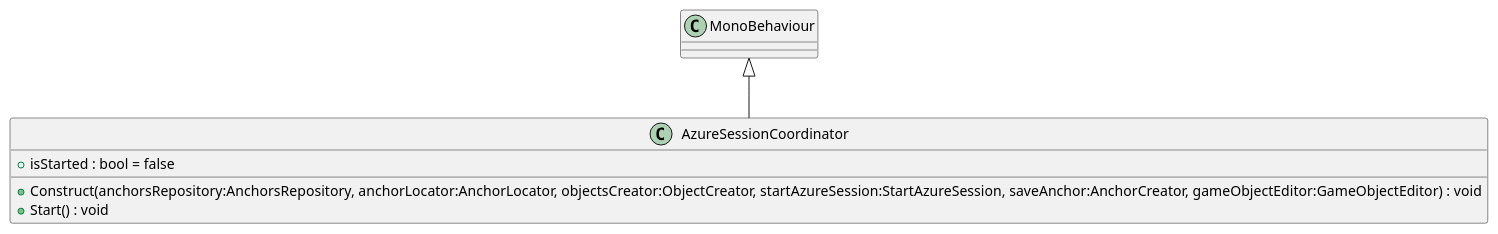
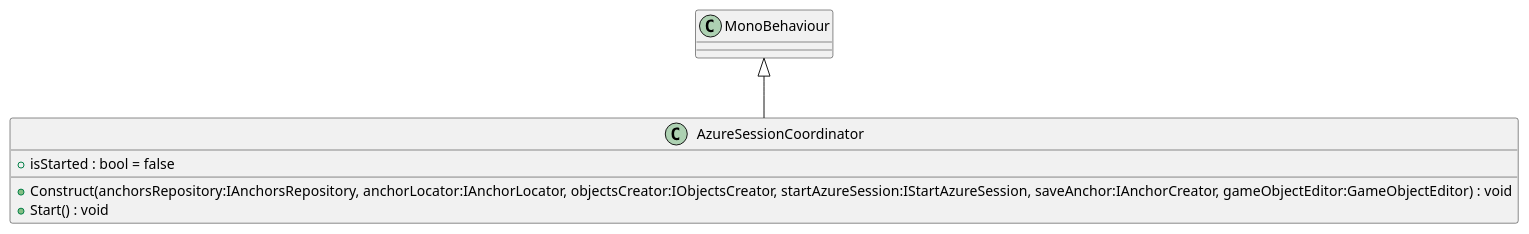
Before and after one commit to DeNatur/ProductionFloorVisualization: the diagram in UML/Assets/Scripts/AzureSessionCoordinator.puml, drawn with PlantUML. The commit also changed 34 other files, not shown here.

Commit message:
Generate UML (Generate UML)

```diff
--- a/UML/Assets/Scripts/AzureSessionCoordinator.puml
+++ b/UML/Assets/Scripts/AzureSessionCoordinator.puml
@@ -1,8 +1,8 @@
 @startuml
 class AzureSessionCoordinator {
     + isStarted : bool = false
-    + Construct(anchorsRepository:AnchorsRepository, anchorLocator:AnchorLocator, objectsCreator:ObjectCreator, startAzureSession:StartAzureSession, saveAnchor:AnchorCreator, gameObjectEditor:GameObjectEditor) : void
+    + Construct(anchorsRepository:IAnchorsRepository, anchorLocator:IAnchorLocator, objectsCreator:IObjectsCreator, startAzureSession:IStartAzureSession, saveAnchor:IAnchorCreator, gameObjectEditor:GameObjectEditor) : void
     + Start() : void
 }
 MonoBehaviour <|-- AzureSessionCoordinator
 @enduml
```
